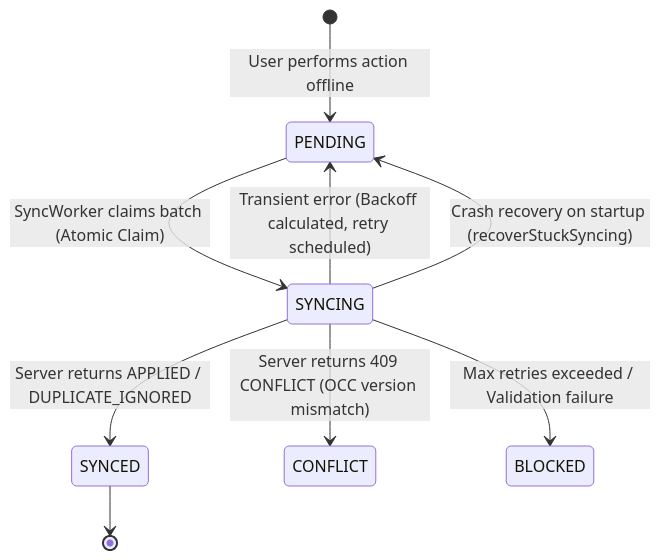
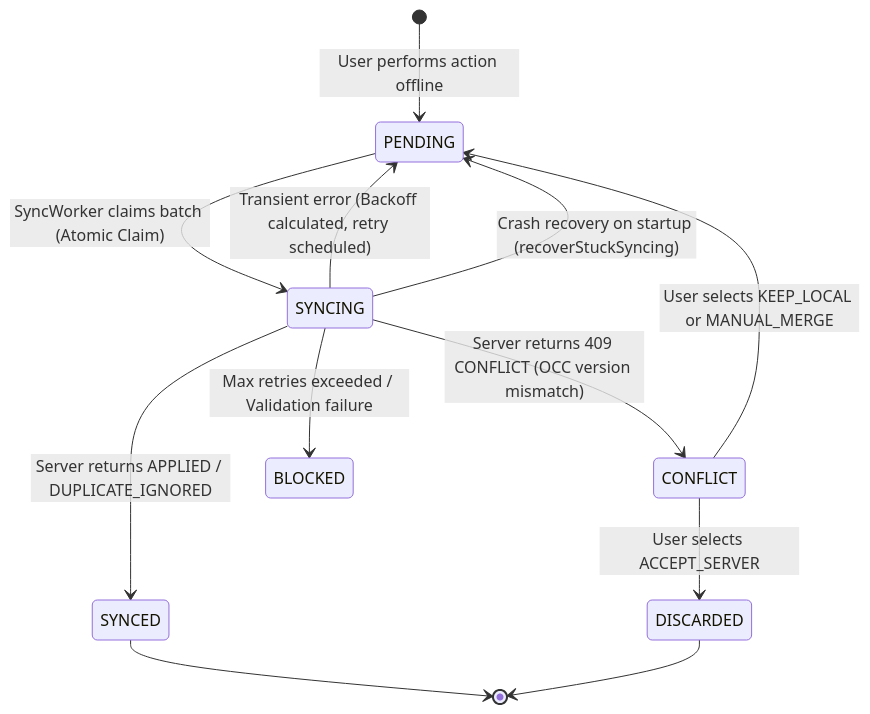
Before and after one commit to NomiCodes1122/MedFlow: the diagram in docs/architecture/offline-sync.md, drawn with Mermaid. The commit also changed other lines of this file and 117 other files, not shown here.

````diff
--- a/docs/architecture/offline-sync.md
+++ b/docs/architecture/offline-sync.md
@@ -78,18 +78,23 @@
 ```mermaid
 stateDiagram-v2
     [*] --> PENDING: User performs action offline
     
     PENDING --> SYNCING: SyncWorker claims batch (Atomic Claim)
     
     SYNCING --> SYNCED: Server returns APPLIED / DUPLICATE_IGNORED
     
     SYNCING --> PENDING: Transient error (Backoff calculated, retry scheduled)
     
     SYNCING --> CONFLICT: Server returns 409 CONFLICT (OCC version mismatch)
     
+    CONFLICT --> PENDING: User selects KEEP_LOCAL or MANUAL_MERGE
+    
+    CONFLICT --> DISCARDED: User selects ACCEPT_SERVER
+    
     SYNCING --> BLOCKED: Max retries exceeded / Validation failure
     
     SYNCING --> PENDING: Crash recovery on startup (recoverStuckSyncing)
     
     SYNCED --> [*]
+    DISCARDED --> [*]
 ```
````
